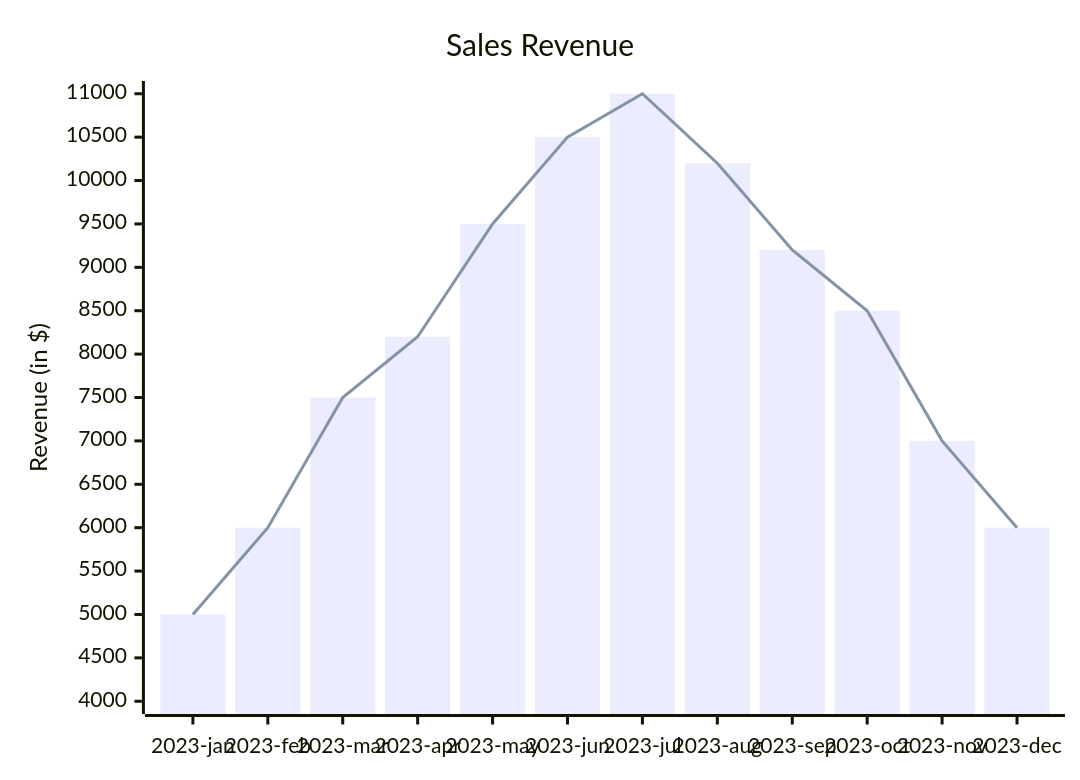
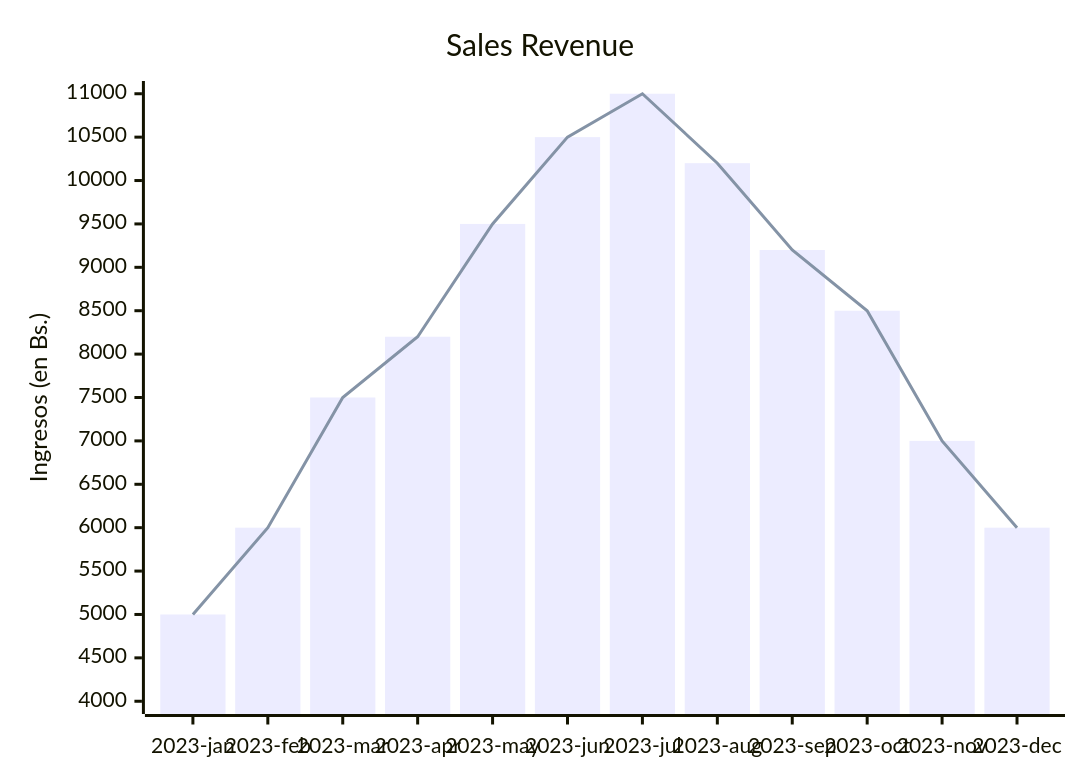
Before and after one commit to Condominio-Santa-Maria/.github: the diagram in profile/README.md, drawn with Mermaid.

````diff
--- a/profile/README.md
+++ b/profile/README.md
@@ -17,9 +17,9 @@
 ```mermaid
 xychart-beta
     title "Sales Revenue"
     x-axis [2023-jan, 2023-feb, 2023-mar, 2023-apr, 2023-may, 2023-jun, 2023-jul, 2023-aug, 2023-sep, 2023-oct, 2023-nov, 2023-dec]
-    y-axis "Revenue (in $)" 4000 --> 11000
+    y-axis "Ingresos (en Bs.)" 4000 --> 11000
     bar [5000, 6000, 7500, 8200, 9500, 10500, 11000, 10200, 9200, 8500, 7000, 6000]
     line [5000, 6000, 7500, 8200, 9500, 10500, 11000, 10200, 9200, 8500, 7000, 6000]
 
 ```
````
